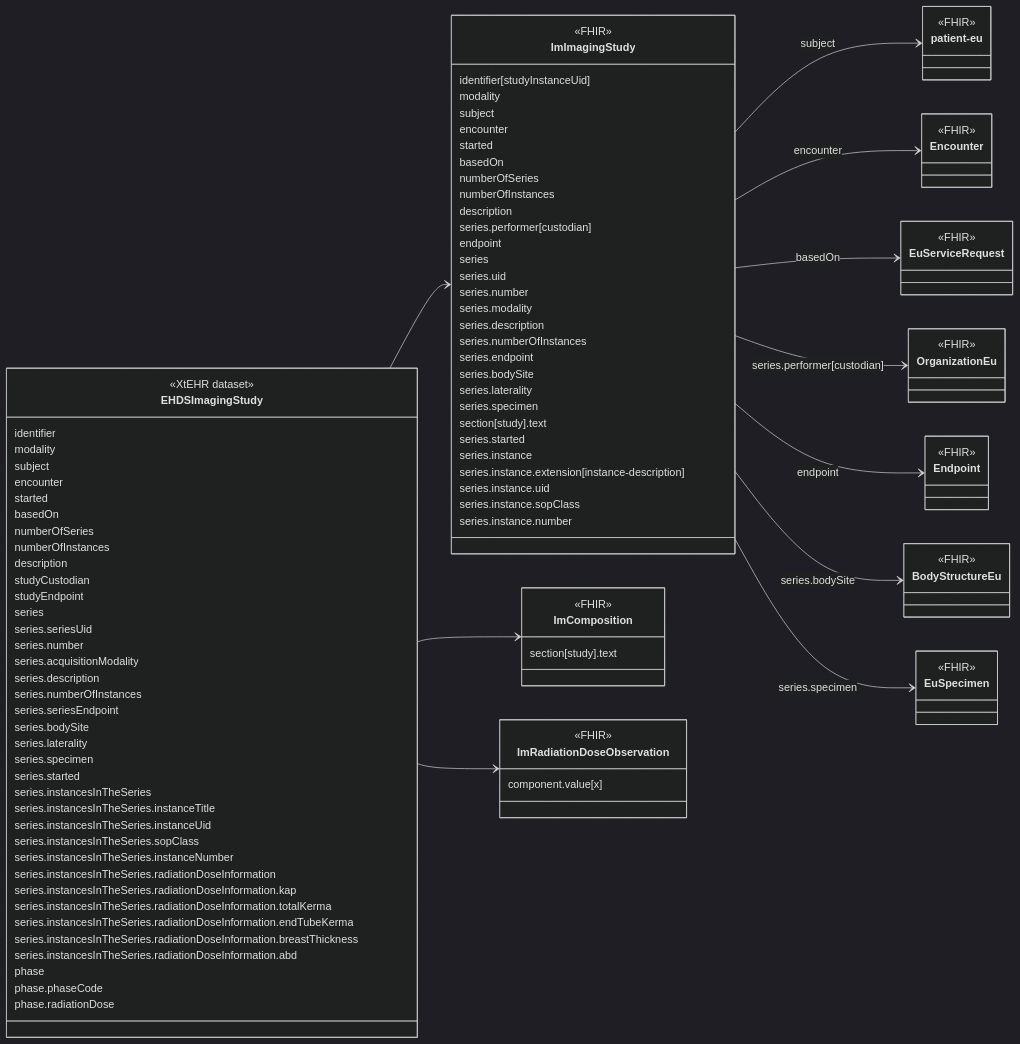
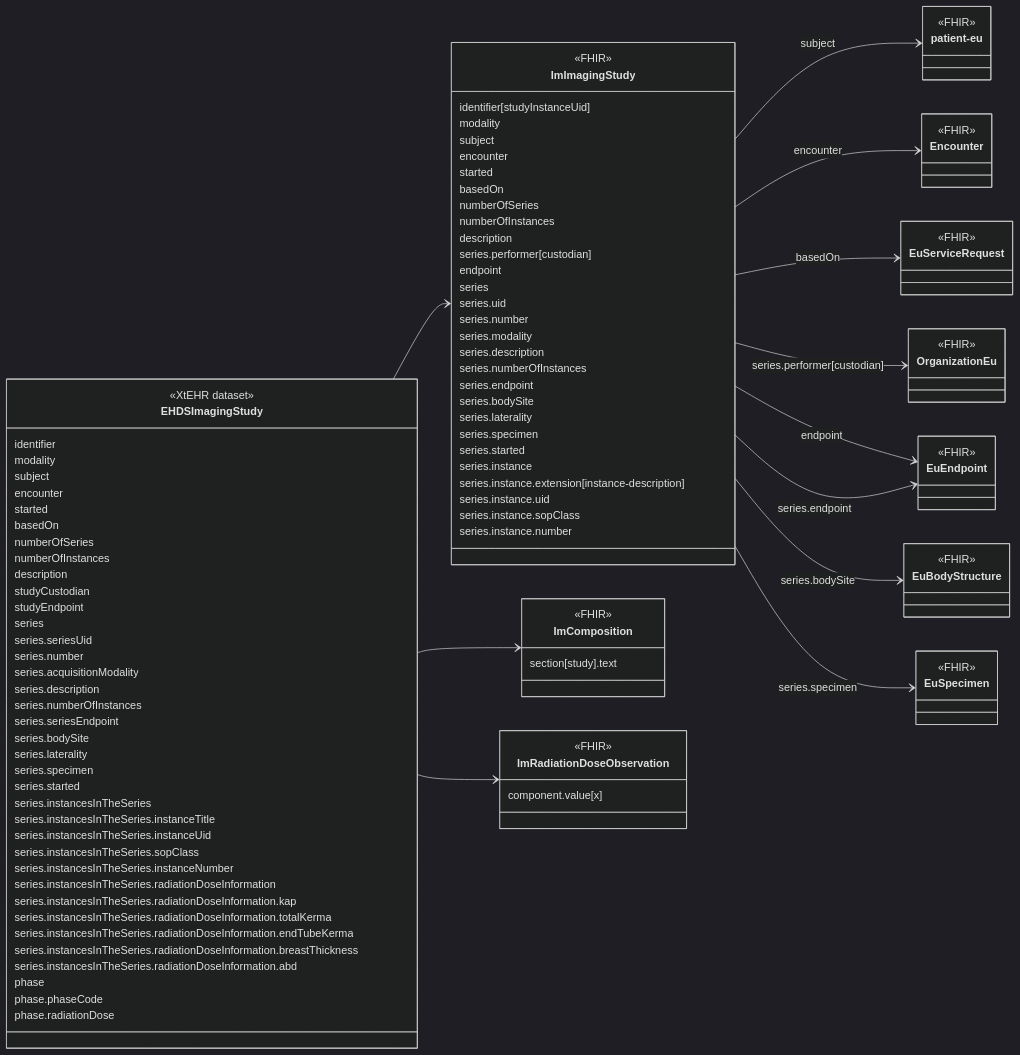
The diagram in input/intro-notes/ConceptMap-EHDSImagingStudyMap-intro.md (oijauregui/ehdsimaging), drawn with Mermaid (dark theme) before and after one commit. The commit also changed 29 other files, not shown here.

```diff
--- a/input/intro-notes/ConceptMap-EHDSImagingStudyMap-intro.md
+++ b/input/intro-notes/ConceptMap-EHDSImagingStudyMap-intro.md
@@ -68,7 +68,6 @@
   series.bodySite
   series.laterality
   series.specimen
-  section[study].text
   series.started
   series.instance
   series.instance.extension[instance-description]
@@ -99,10 +98,10 @@
 class OrganizationEu {
   <<FHIR>>
 }
-class Endpoint {
+class EuEndpoint {
   <<FHIR>>
 }
-class BodyStructureEu {
+class EuBodyStructure {
   <<FHIR>>
 }
 class EuSpecimen {
@@ -113,8 +112,9 @@
 ImImagingStudy --> Encounter : encounter
 ImImagingStudy --> EuServiceRequest : basedOn
 ImImagingStudy --> OrganizationEu : series.performer[custodian]
-ImImagingStudy --> Endpoint : endpoint
-ImImagingStudy --> BodyStructureEu : series.bodySite
+ImImagingStudy --> EuEndpoint : endpoint
+ImImagingStudy --> EuEndpoint : series.endpoint
+ImImagingStudy --> EuBodyStructure : series.bodySite
 ImImagingStudy --> EuSpecimen : series.specimen
 EHDSImagingStudy --> ImComposition
 EHDSImagingStudy --> ImRadiationDoseObservation
```
